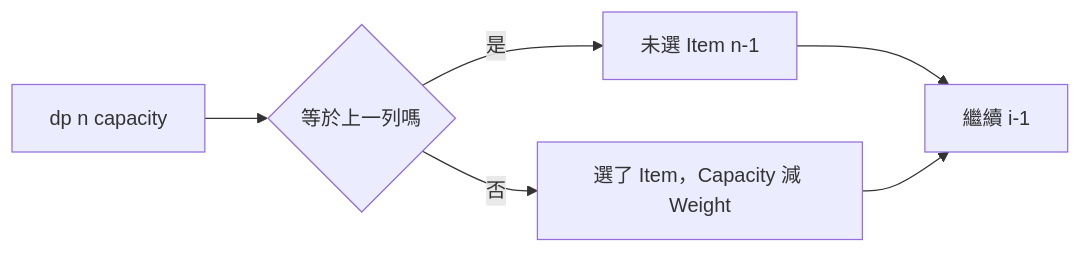
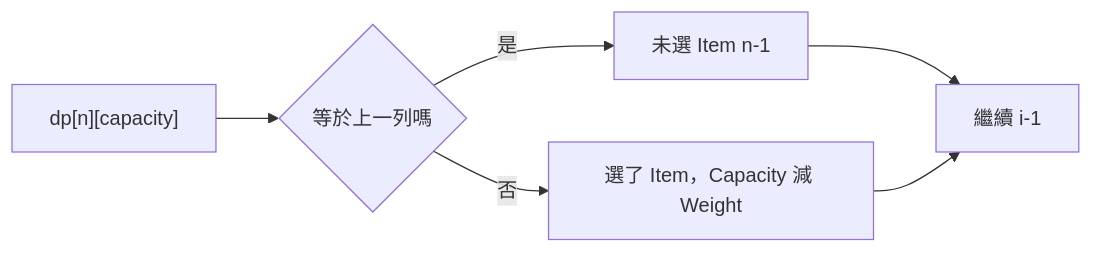
One commit to davidchen0970/algorithm_note changed the tenth of 11 diagrams in 09_dynamic_programming/40_knapsack.md. Above: the diagram before and after it, drawn with Mermaid. The commit also changed other lines of this file and 4 other files, not shown here.

````diff
--- a/09_dynamic_programming/40_knapsack.md
+++ b/09_dynamic_programming/40_knapsack.md
@@ -276,8 +583,8 @@
 ```mermaid
 flowchart LR
-    A[dp n capacity] --> B{等於上一列嗎}
-    B -->|是| C[未選 Item n-1]
-    B -->|否| D[選了 Item，Capacity 減 Weight]
-    C --> E[繼續 i-1]
+    A["dp[n][capacity]"] --> B{"等於上一列嗎"}
+    B -->|是| C["未選 Item n-1"]
+    B -->|否| D["選了 Item，Capacity 減 Weight"]
+    C --> E["繼續 i-1"]
     D --> E
 ```
````
